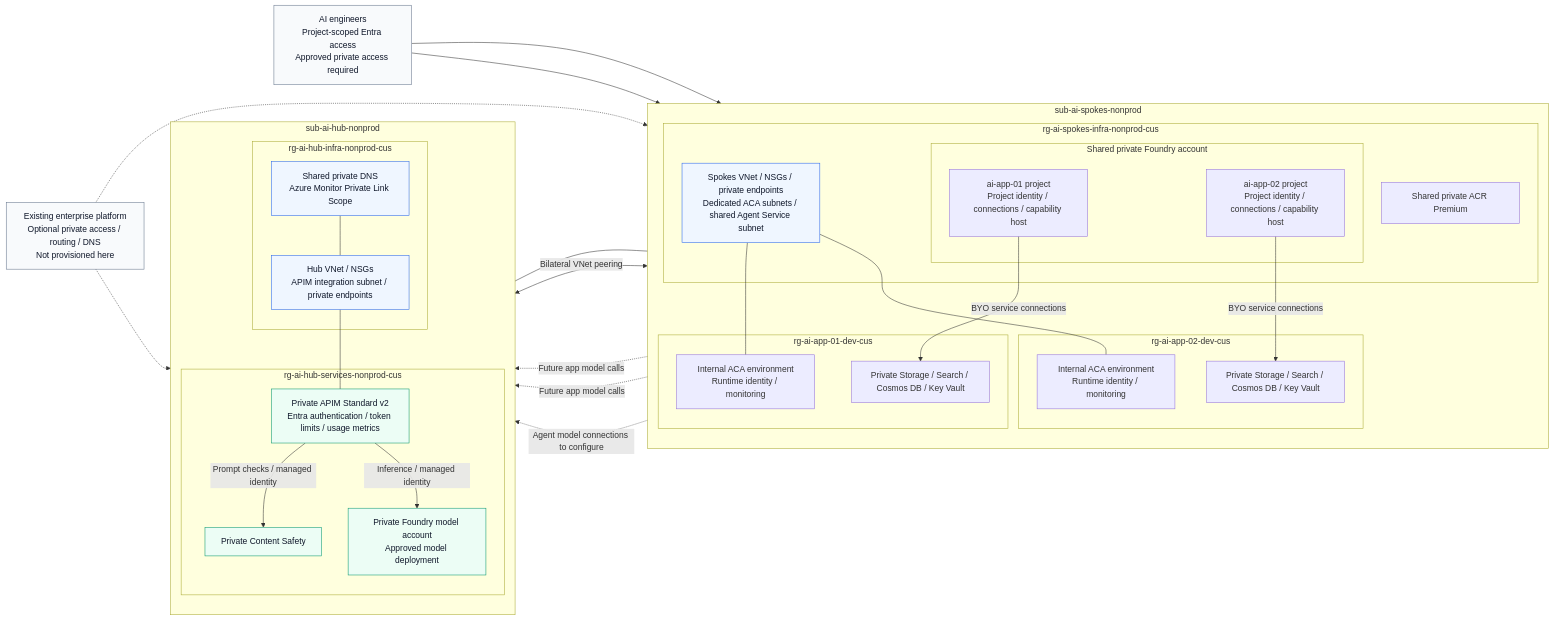
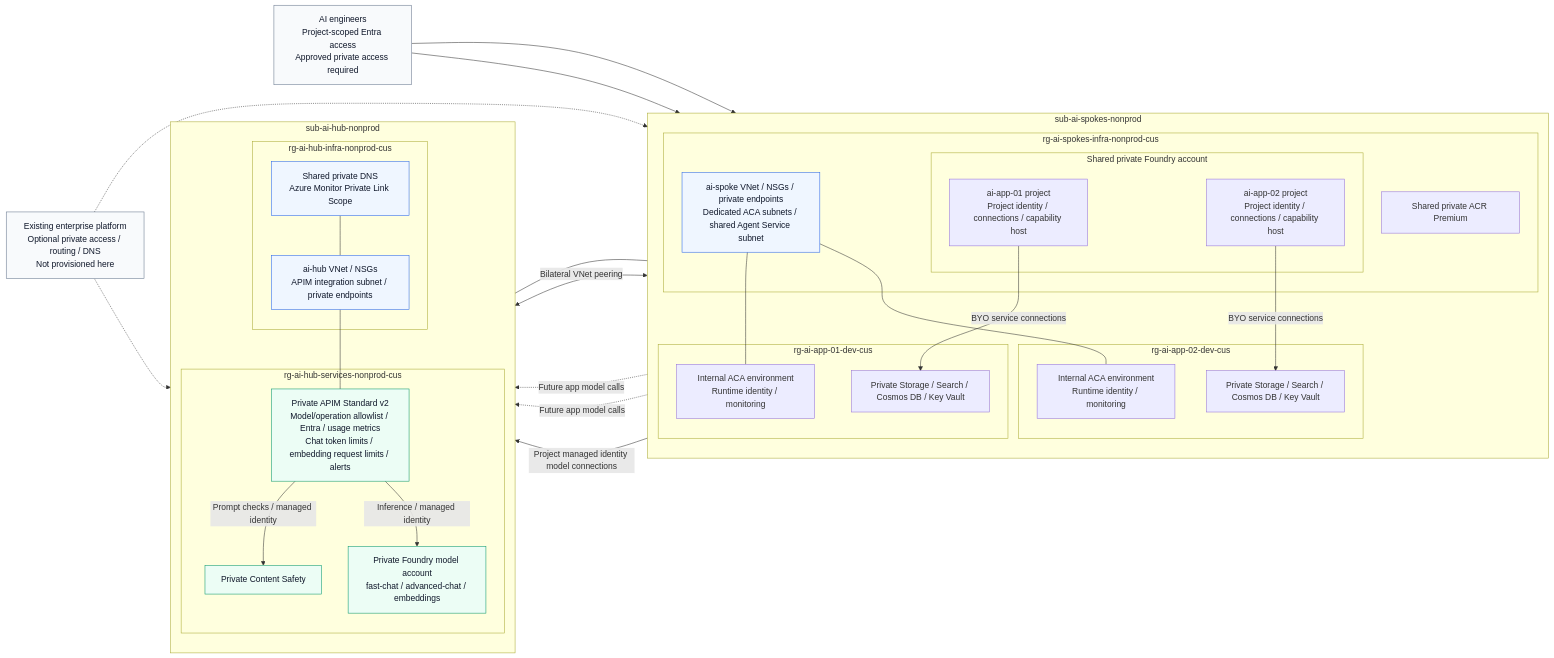
The diagram in README.md (hamza-roujdami/foundry-launchpad), drawn with Mermaid before and after one commit. The commit also changed other lines of this file and 44 other files, not shown here.

First line of the commit message:
Add governed three-model gateway and release readiness checks

````diff
--- a/README.md
+++ b/README.md
@@ -44,63 +138,63 @@
 ```mermaid
 flowchart LR
     engineers["AI engineers<br/>Project-scoped Entra access<br/>Approved private access required"]
     enterprise["Existing enterprise platform<br/>Optional private access / routing / DNS<br/>Not provisioned here"]
 
     subgraph ai_spokes["sub-ai-spokes-nonprod"]
         direction TB
         subgraph spokes_infra["rg-ai-spokes-infra-nonprod-cus"]
-            spokes_network["Spokes VNet / NSGs / private endpoints<br/>Dedicated ACA subnets / shared Agent Service subnet"]
+            spokes_network["ai-spoke VNet / NSGs / private endpoints<br/>Dedicated ACA subnets / shared Agent Service subnet"]
             registry["Shared private ACR Premium"]
             subgraph foundry["Shared private Foundry account"]
                 app01_project["ai-app-01 project<br/>Project identity / connections / capability host"]
                 app02_project["ai-app-02 project<br/>Project identity / connections / capability host"]
             end
         end
         subgraph app01_rg["rg-ai-app-01-dev-cus"]
             app01_runtime["Internal ACA environment<br/>Runtime identity / monitoring"]
             app01_data["Private Storage / Search / Cosmos DB / Key Vault"]
         end
         subgraph app02_rg["rg-ai-app-02-dev-cus"]
             app02_runtime["Internal ACA environment<br/>Runtime identity / monitoring"]
             app02_data["Private Storage / Search / Cosmos DB / Key Vault"]
         end
         spokes_network --- app01_runtime
         spokes_network --- app02_runtime
         app01_project -->|"BYO service connections"| app01_data
         app02_project -->|"BYO service connections"| app02_data
     end
 
     subgraph ai_hub["sub-ai-hub-nonprod"]
         direction TB
         subgraph hub_infra["rg-ai-hub-infra-nonprod-cus"]
-            hub_network["Hub VNet / NSGs<br/>APIM integration subnet / private endpoints"]
+            hub_network["ai-hub VNet / NSGs<br/>APIM integration subnet / private endpoints"]
             shared_ops["Shared private DNS<br/>Azure Monitor Private Link Scope"]
         end
         subgraph hub_services["rg-ai-hub-services-nonprod-cus"]
-            gateway["Private APIM Standard v2<br/>Entra authentication / token limits / usage metrics"]
+            gateway["Private APIM Standard v2<br/>Model/operation allowlist / Entra / usage metrics<br/>Chat token limits / embedding request limits / alerts"]
             safety["Private Content Safety"]
-            models["Private Foundry model account<br/>Approved model deployment"]
+            models["Private Foundry model account<br/>fast-chat / advanced-chat / embeddings"]
         end
         hub_network --- gateway
         gateway -->|"Prompt checks / managed identity"| safety
         gateway -->|"Inference / managed identity"| models
     end
 
     engineers --> app01_project
     engineers --> app02_project
     spokes_network <-->|"Bilateral VNet peering"| hub_network
     shared_ops --- hub_network
     shared_ops --- spokes_network
     app01_runtime -.->|"Future app model calls"| gateway
     app02_runtime -.->|"Future app model calls"| gateway
-    foundry -.->|"Agent model connections to configure"| gateway
+    foundry -->|"Project managed identity model connections"| gateway
     enterprise -.-> spokes_network
     enterprise -.-> hub_network
 
     classDef network fill:#eff6ff,stroke:#2563eb,color:#0f172a
     classDef gateway fill:#ecfdf5,stroke:#059669,color:#0f172a
     classDef external fill:#f8fafc,stroke:#64748b,color:#0f172a
     class spokes_network,hub_network,shared_ops network
     class gateway,safety,models gateway
     class enterprise,engineers external
 ```
````
